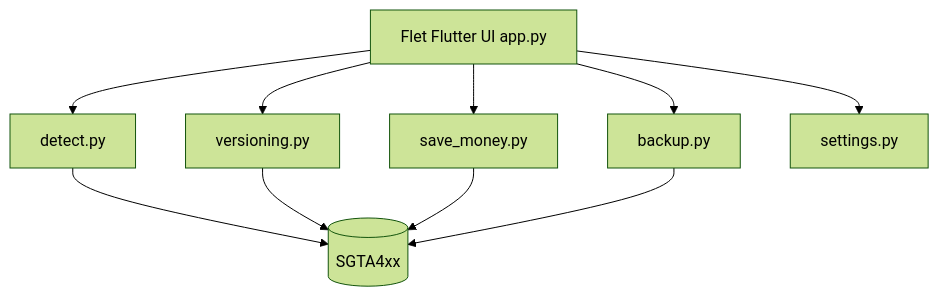
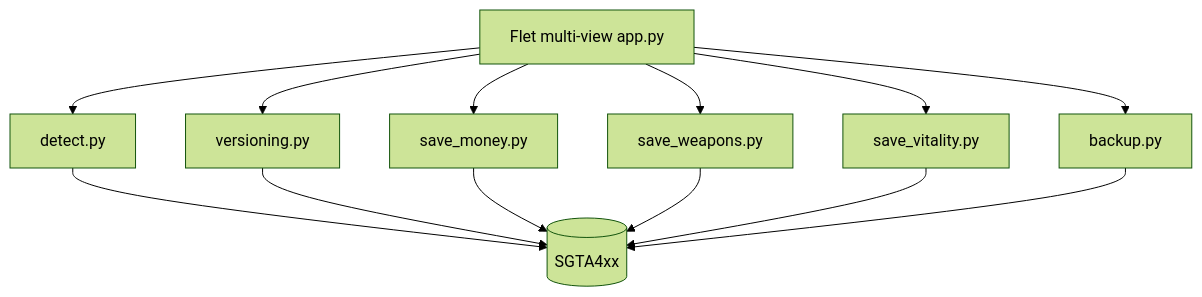
Before and after one commit to Metaheurist/4bucks: the diagram in docs/app-and-features.md, drawn with Mermaid (forest theme). The commit also changed other lines of this file and 18 other files, not shown here.

````diff
--- a/docs/app-and-features.md
+++ b/docs/app-and-features.md
@@ -7,20 +5,23 @@
 ```mermaid
-%%{init: {'flowchart': {'useMaxWidth': true}}}%%
 flowchart TB
-  UI[Flet Flutter UI app.py]
+  UI[Flet multi-view app.py]
   Detect[detect.py]
   Ver[versioning.py]
   Money[save_money.py]
+  Guns[save_weapons.py]
+  Vit[save_vitality.py]
   Backup[backup.py]
-  Settings[settings.py]
   Save[(SGTA4xx)]
   UI --> Detect
   UI --> Ver
   UI --> Money
+  UI --> Guns
+  UI --> Vit
   UI --> Backup
-  UI --> Settings
   Detect --> Save
   Ver --> Save
   Money --> Save
+  Guns --> Save
+  Vit --> Save
   Backup --> Save
 ```
````
